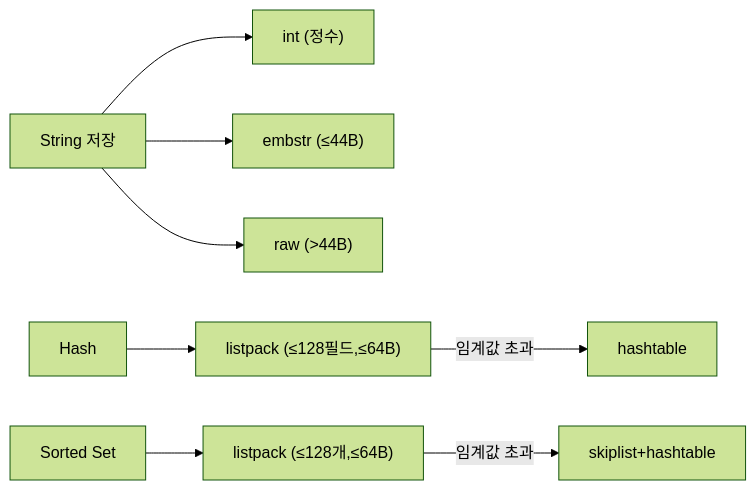
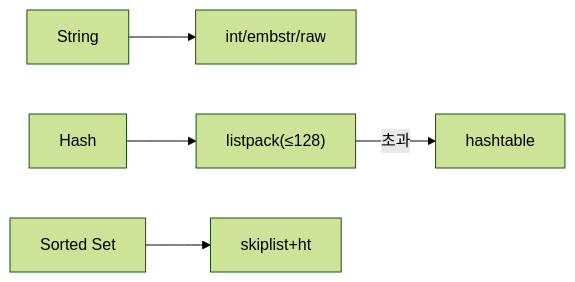
One commit to yjkim2015/yjkim2015.github.io changed the first of 3 diagrams in _posts/redis/2026-05-01-redis-data-structures.md. Above: the diagram before and after it, drawn with Mermaid (forest theme). The commit also changed other lines of this file and 245 other files, not shown here.

First line of the commit message:
Mermaid 다이어그램 전면 수정 + 면접 포인트 접기/펼치기 + DB 데드락 페이지

````diff
--- a/_posts/redis/2026-05-01-redis-data-structures.md
+++ b/_posts/redis/2026-05-01-redis-data-structures.md
@@ -949,10 +949,7 @@
 ```mermaid
 graph LR
-    STR["String 저장"] --> INT["int (정수)"]
-    STR --> EMB["embstr (≤44B)"]
-    STR --> RAW["raw (>44B)"]
-    HASH["Hash"] --> LP1["listpack (≤128필드,≤64B)"]
-    LP1 -->|임계값 초과| HT["hashtable"]
-    ZSET["Sorted Set"] --> LP2["listpack (≤128개,≤64B)"]
-    LP2 -->|임계값 초과| SK["skiplist+hashtable"]
+    STR["String"] --> ENC["int/embstr/raw"]
+    HASH["Hash"] --> LP1["listpack(≤128)"]
+    LP1 -->|초과| HT["hashtable"]
+    ZSET["Sorted Set"] --> SK["skiplist+ht"]
 ```
````
